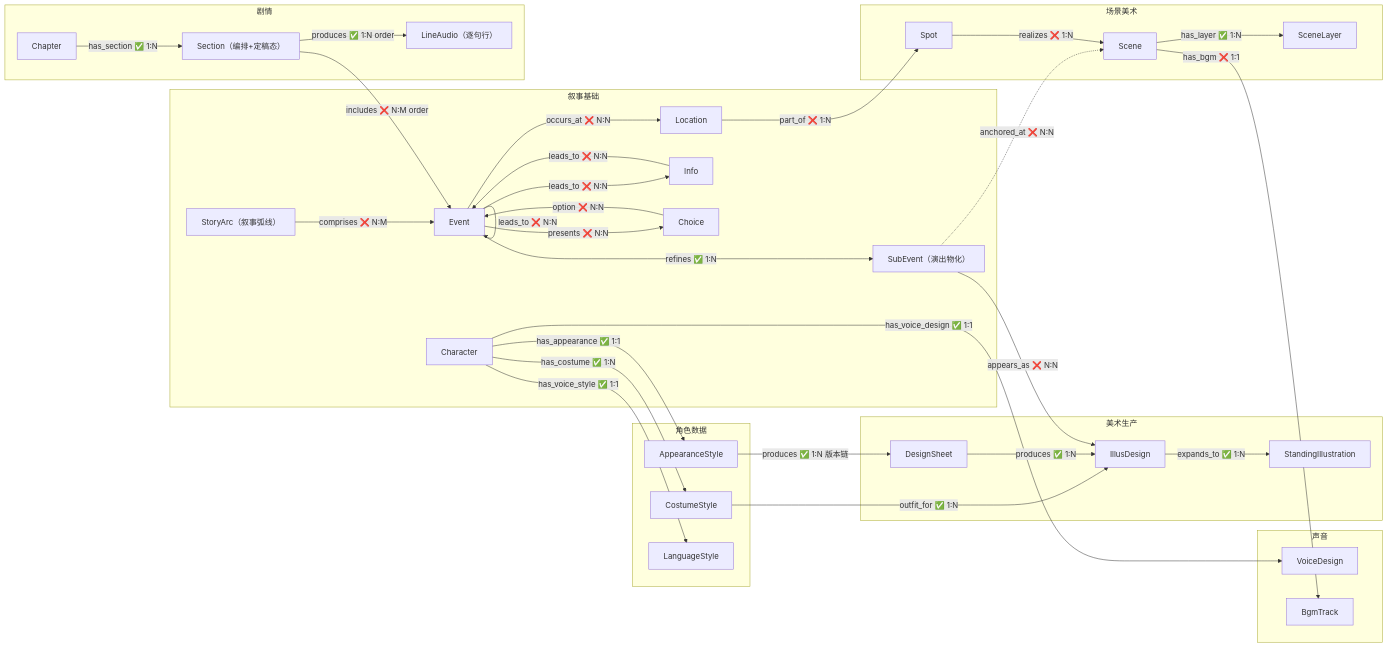
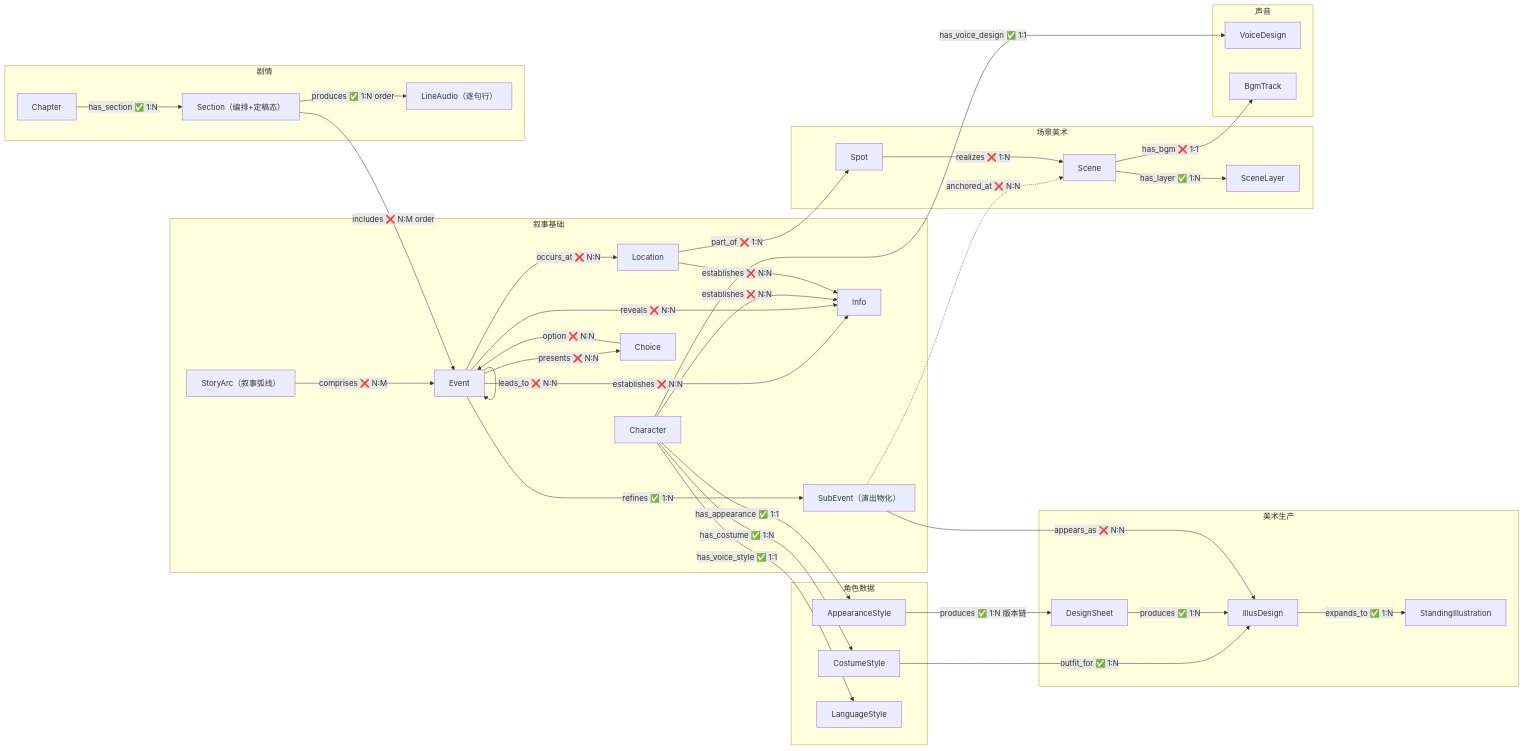
One commit to CrazyJinn/ProxyLove changed the diagram in 00_init/Schema总览.md. Above: the diagram before and after it, drawn with Mermaid. The commit also changed other lines of this file and 46 other files, not shown here.

````diff
--- a/00_init/Schema总览.md
+++ b/00_init/Schema总览.md
@@ -104,67 +105,69 @@
 ```mermaid
 flowchart LR
     subgraph 叙事["叙事基础"]
         Character["Character"]
         Event["Event"]
         SubEvent["SubEvent（演出物化）"]
         Location["Location"]
         Info["Info"]
         Choice["Choice"]
         StoryArc["StoryArc（叙事弧线）"]
     end
 
     subgraph 角色数据["角色数据"]
         Appearance["AppearanceStyle"]
         Costume["CostumeStyle"]
         Language["LanguageStyle"]
     end
 
     subgraph 美术生产["美术生产"]
         DesignSheet["DesignSheet"]
         IllusDesign["IllusDesign"]
         StandingIllus["StandingIllustration"]
     end
 
     subgraph 场景美术["场景美术"]
         Spot["Spot"]
         Scene["Scene"]
         SceneLayer["SceneLayer"]
     end
 
     subgraph 声音["声音"]
         Voice["VoiceDesign"]
         BgmTrack["BgmTrack"]
     end
 
     subgraph 剧情["剧情"]
         Chapter["Chapter"]
         Section["Section（编排+定稿态）"]
         LineAudio["LineAudio（逐句行）"]
     end
 
     Character -->|"has_appearance ✅ 1:1"| Appearance
     Character -->|"has_costume ✅ 1:N"| Costume
     Character -->|"has_voice_style ✅ 1:1"| Language
     Character -->|"has_voice_design ✅ 1:1"| Voice
     Appearance -->|"produces ✅ 1:N 版本链"| DesignSheet
     Costume -->|"outfit_for ✅ 1:N"| IllusDesign
     DesignSheet -->|"produces ✅ 1:N"| IllusDesign
     Event -->|"occurs_at ❌ N:N"| Location
     Event -->|"refines ✅ 1:N"| SubEvent
     SubEvent -.->|"anchored_at ❌ N:N"| Scene
     SubEvent -->|"appears_as ❌ N:N"| IllusDesign
     Event -->|"leads_to ❌ N:N"| Event
-    Event -->|"leads_to ❌ N:N"| Info
-    Info -->|"leads_to ❌ N:N"| Event
+    Event -->|"establishes ❌ N:N"| Info
+    Event -->|"reveals ❌ N:N"| Info
+    Character -->|"establishes ❌ N:N"| Info
+    Location -->|"establishes ❌ N:N"| Info
     Event -->|"presents ❌ N:N"| Choice
     Choice -->|"option ❌ N:N"| Event
     StoryArc -->|"comprises ❌ N:M"| Event
     IllusDesign -->|"expands_to ✅ 1:N"| StandingIllus
     Location -->|"part_of ❌ 1:N"| Spot
     Spot -->|"realizes ❌ 1:N"| Scene
     Scene -->|"has_layer ✅ 1:N"| SceneLayer
     Chapter -->|"has_section ✅ 1:N"| Section
     Section -->|"produces ✅ 1:N order"| LineAudio
     Section -->|"includes ❌ N:M order"| Event
     Scene -->|"has_bgm ❌ 1:1"| BgmTrack
 ```
````
